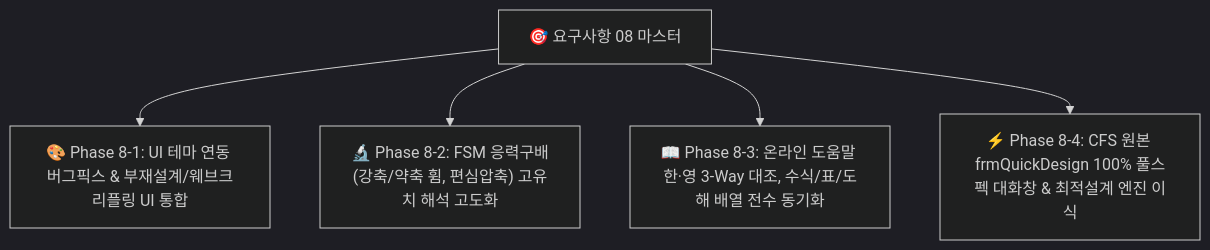
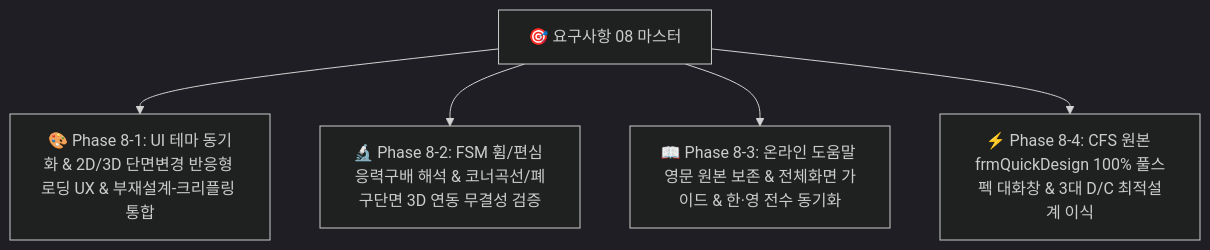
Before and after one commit to zlkiki/CFDesigner: the diagram in 요구사항/요구사항08_UI테마_FSM응력구배_온라인도움말전수동기화_퀵디자인풀스펙이식.md, drawn with Mermaid (dark theme). The commit also changed other lines of this file and 5 other files, not shown here.

Commit message:
docs: 요구사항 08 마스터 및 4대 Phase 문서에 사용자 피드백(영문 원본 보존, 그래픽 UX, 절점 공유 검증, 퀵디자인 풀스펙) 전수 보강 및 AGENTS.md 규칙 동기화

````diff
--- a/요구사항/요구사항08_UI테마_FSM응력구배_온라인도움말전수동기화_퀵디자인풀스펙이식.md
+++ b/요구사항/요구사항08_UI테마_FSM응력구배_온라인도움말전수동기화_퀵디자인풀스펙이식.md
@@ -19,14 +23,14 @@
 ```mermaid
 graph TD
     Master["🎯 요구사항 08 마스터"]
     
-    P1["🎨 Phase 8-1: UI 테마 연동 버그픽스 & 부재설계/웨브크리플링 UI 통합"]
-    P2["🔬 Phase 8-2: FSM 응력구배(강축/약축 휨, 편심압축) 고유치 해석 고도화"]
-    P3["📖 Phase 8-3: 온라인 도움말 한·영 3-Way 대조, 수식/표/도해 배열 전수 동기화"]
-    P4["⚡ Phase 8-4: CFS 원본 frmQuickDesign 100% 풀스펙 대화창 & 최적설계 엔진 이식"]
+    P1["🎨 Phase 8-1: UI 테마 동기화 & 2D/3D 단면변경 반응형 로딩 UX & 부재설계-크리플링 통합"]
+    P2["🔬 Phase 8-2: FSM 휨/편심 응력구배 해석 & 코너곡선/폐구단면 3D 연동 무결성 검증"]
+    P3["📖 Phase 8-3: 온라인 도움말 영문 원본 보존 & 전체화면 가이드 & 한·영 전수 동기화"]
+    P4["⚡ Phase 8-4: CFS 원본 frmQuickDesign 100% 풀스펙 대화창 & 3대 D/C 최적설계 이식"]
 
     Master --> P1
     Master --> P2
     Master --> P3
     Master --> P4
 ```
````
